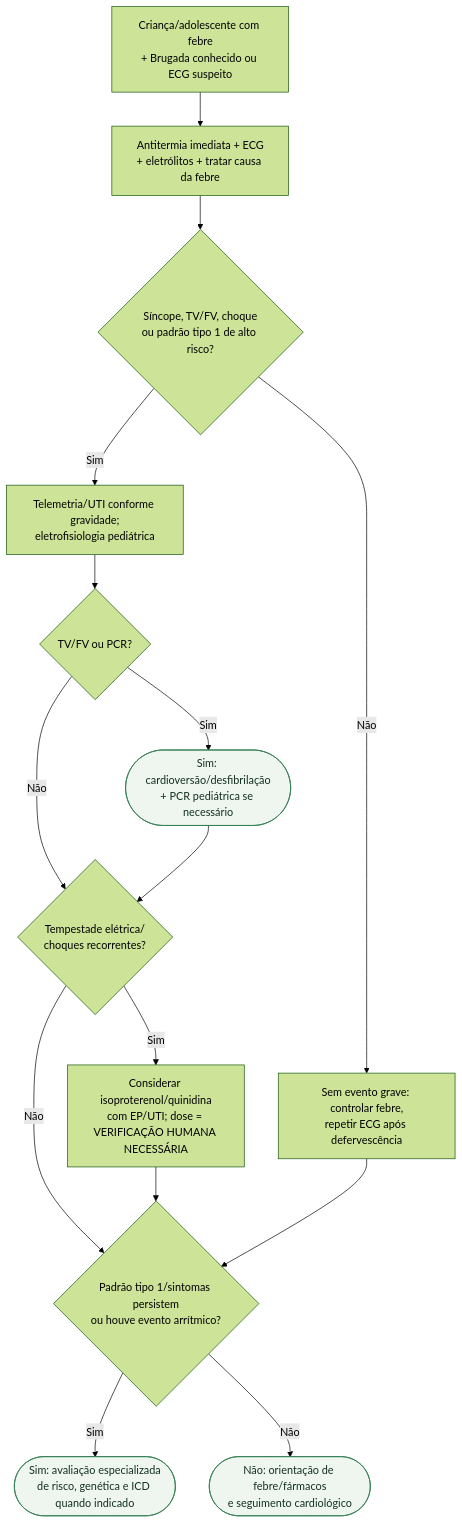
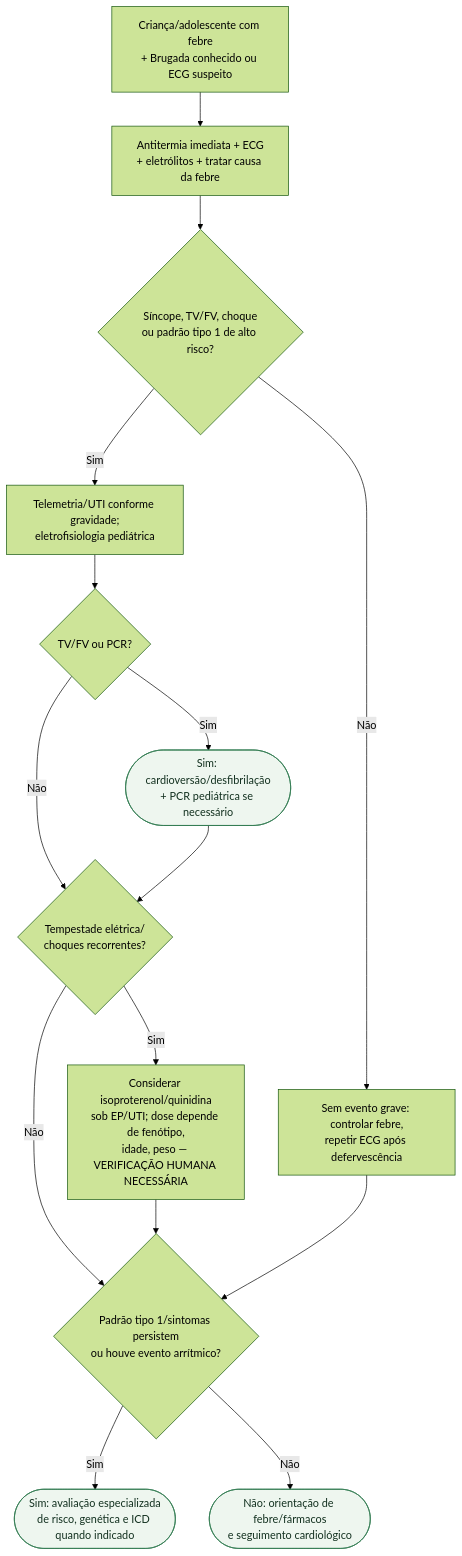
The diagram in content/Cardiologia_pediátrica/fluxograma-sindrome-de-brugada-precipitada-por-febre-na-crianca-e-adolescente.md (rafaelpaesmeirelles/MeuCardio), drawn with Mermaid (forest theme) before and after one commit. The commit also changed other lines of this file and 6 other files, not shown here.

First line of the commit message:
Lote 1B: resolve 4 das 8 ocorrências críticas de VERIFICAÇÃO HUMANA NECESSÁRIA (pediátrica)

````diff
--- a/content/Cardiologia_pediátrica/fluxograma-sindrome-de-brugada-precipitada-por-febre-na-crianca-e-adolescente.md
+++ b/content/Cardiologia_pediátrica/fluxograma-sindrome-de-brugada-precipitada-por-febre-na-crianca-e-adolescente.md
@@ -13,33 +14,33 @@
 ```mermaid
 flowchart TD
   R0["Criança/adolescente com febre<br/>+ Brugada conhecido ou ECG suspeito"]
   P1["Antitermia imediata + ECG<br/>+ eletrólitos + tratar causa da febre"]
   D1{"Síncope, TV/FV, choque<br/>ou padrão tipo 1 de alto risco?"}
   P2["Telemetria/UTI conforme gravidade;<br/>eletrofisiologia pediátrica"]
   D2{"TV/FV ou PCR?"}
   C1(["Sim: cardioversão/desfibrilação<br/>+ PCR pediátrica se necessário"])
   D3{"Tempestade elétrica/<br/>choques recorrentes?"}
-  P3["Considerar isoproterenol/quinidina<br/>com EP/UTI; dose = VERIFICAÇÃO HUMANA NECESSÁRIA"]
+  P3["Considerar isoproterenol/quinidina<br/>sob EP/UTI; dose depende de fenótipo,<br/>idade, peso — VERIFICAÇÃO HUMANA NECESSÁRIA"]
   P4["Sem evento grave: controlar febre,<br/>repetir ECG após defervescência"]
   D4{"Padrão tipo 1/sintomas persistem<br/>ou houve evento arrítmico?"}
   C2(["Sim: avaliação especializada<br/>de risco, genética e ICD quando indicado"])
   C3(["Não: orientação de febre/fármacos<br/>e seguimento cardiológico"])
 
   R0 --> P1
   P1 --> D1
   D1 -->|"Sim"| P2
   D1 -->|"Não"| P4
   P2 --> D2
   D2 -->|"Sim"| C1
   D2 -->|"Não"| D3
   C1 --> D3
   D3 -->|"Sim"| P3
   D3 -->|"Não"| D4
   P3 --> D4
   P4 --> D4
   D4 -->|"Sim"| C2
   D4 -->|"Não"| C3
 
   classDef conduta fill:#eef6ef,stroke:#2f7a4f,color:#12301f;
   class C1,C2,C3 conduta;
 ```
````
